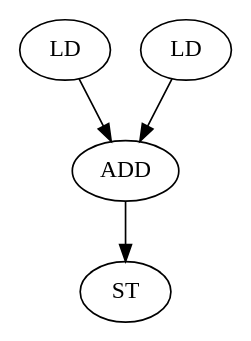
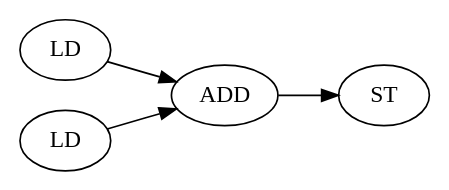
One commit to kareltucek/ctb changed the diagram in thesis/contents/graphs/adder.dot. Above: the diagram before and after it, drawn with Graphviz. The commit also changed 12 other files, not shown here.

```diff
--- a/thesis/contents/graphs/adder.dot
+++ b/thesis/contents/graphs/adder.dot
@@ -1,7 +1,8 @@
 digraph{
+rankdir = LR;
 a[label=LD]
 b[label=LD]
 a -> ADD
 b -> ADD
 ADD -> ST
 }
```
